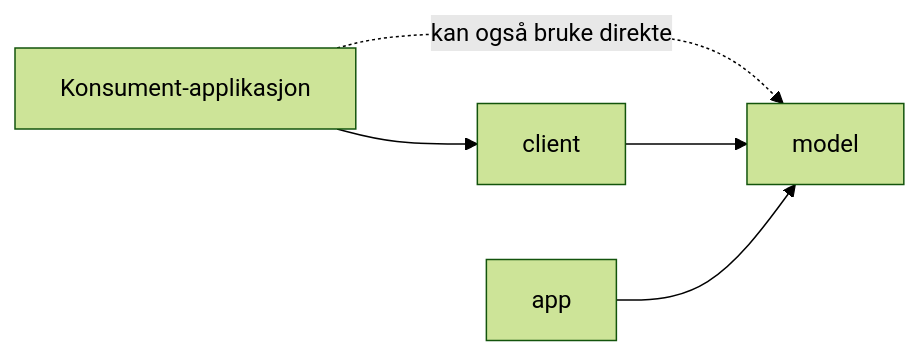
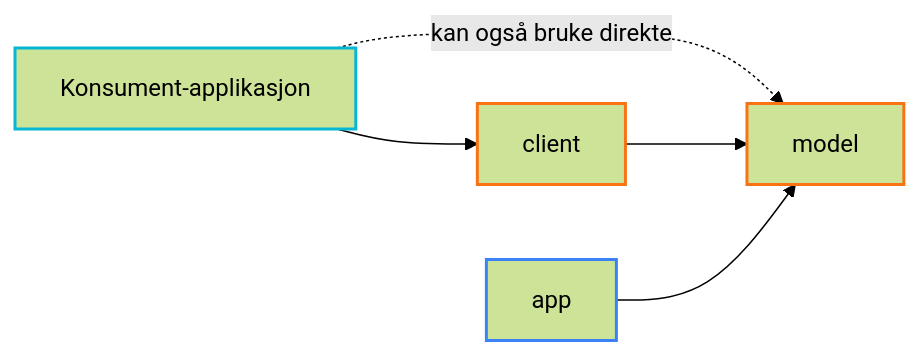
The sixth of 14 diagrams in docs/architecture.md (FINTLabs/fint-communication-service), drawn with Mermaid (forest theme) before and after one commit. The commit also changed other lines of this file and 35 other files, not shown here.

````diff
--- a/docs/architecture.md
+++ b/docs/architecture.md
@@ -365,7 +432,14 @@
 ```mermaid
 flowchart LR
     consumer["Konsument-applikasjon"] --> client
     consumer -. "kan også bruke direkte" .-> model
     client --> model
     app --> model
+
+    classDef external stroke:#06B6D4,stroke-width:2px
+    classDef app stroke:#3B82F6,stroke-width:2px
+    classDef library stroke:#F97316,stroke-width:2px
+    class consumer external
+    class app app
+    class client,model library
 ```
````
